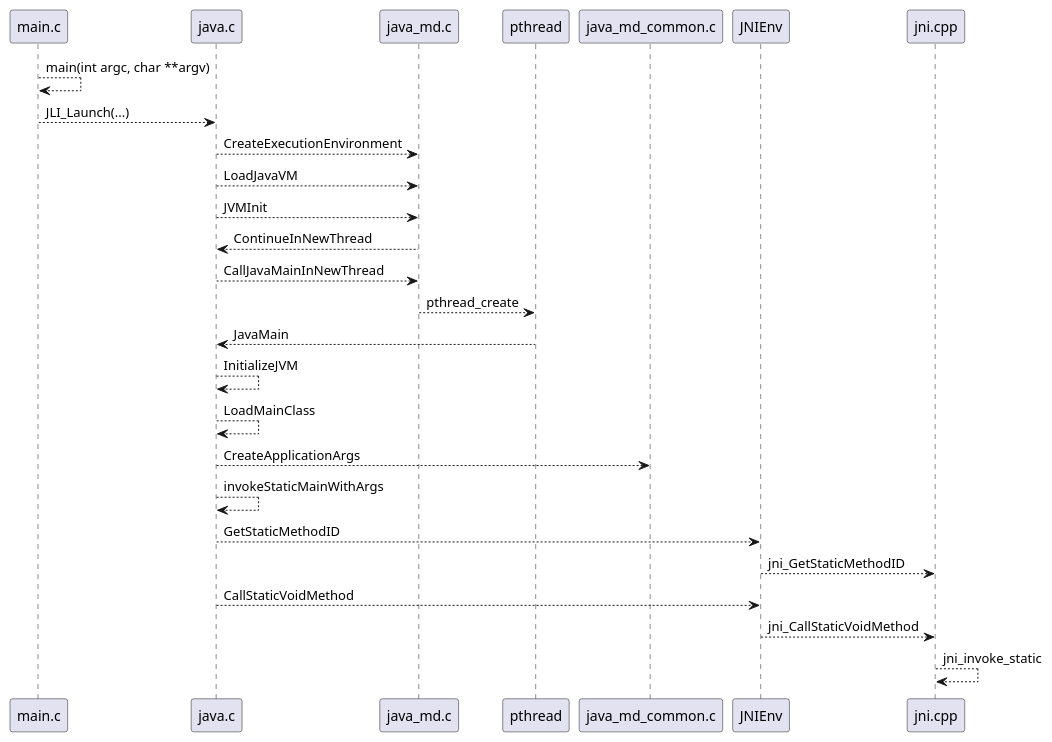
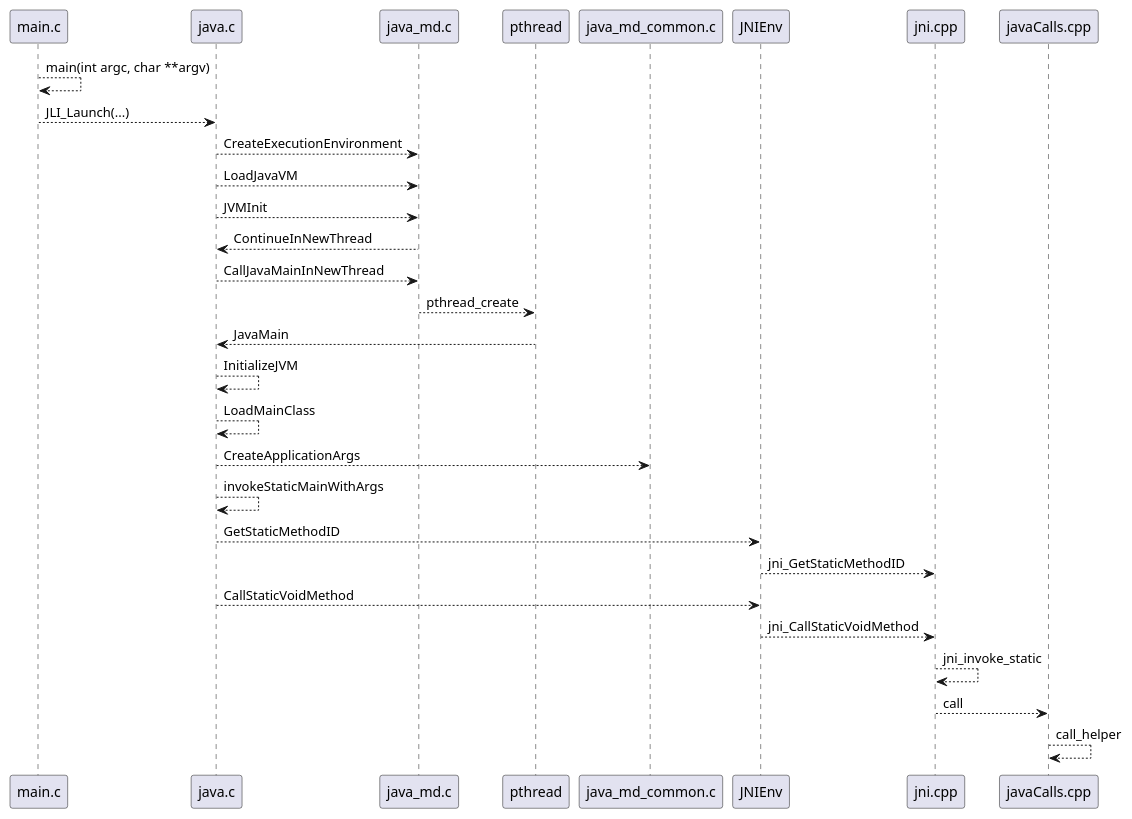
One commit to kevinwang930/kevinwang930.github.io changed the diagram in content/post/jvm-startup.md. Above: the diagram before and after it, drawn with PlantUML. The commit also changed other lines of this file and 2 other files, not shown here.

````diff
--- a/content/post/jvm-startup.md
+++ b/content/post/jvm-startup.md
@@ -15,21 +20,23 @@
 ```plantuml
 main.c-->main.c:main(int argc, char **argv)
 main.c-->java.c:JLI_Launch(...)
 java.c-->java_md.c:CreateExecutionEnvironment
 java.c-->java_md.c:LoadJavaVM
 java.c-->java_md.c:JVMInit
 java_md.c-->java.c:ContinueInNewThread
 java.c-->java_md.c:CallJavaMainInNewThread
 java_md.c-->pthread:pthread_create
 pthread-->java.c:JavaMain
 java.c-->java.c:InitializeJVM
 java.c-->java.c:LoadMainClass
 java.c-->java_md_common.c:CreateApplicationArgs
 java.c-->java.c:invokeStaticMainWithArgs
 java.c-->JNIEnv:GetStaticMethodID
 JNIEnv-->jni.cpp:jni_GetStaticMethodID
 java.c-->JNIEnv:CallStaticVoidMethod
 JNIEnv-->jni.cpp:jni_CallStaticVoidMethod
 jni.cpp-->jni.cpp:jni_invoke_static
+jni.cpp-->javaCalls.cpp:call
+javaCalls.cpp-->javaCalls.cpp:call_helper
 
 ```
````
